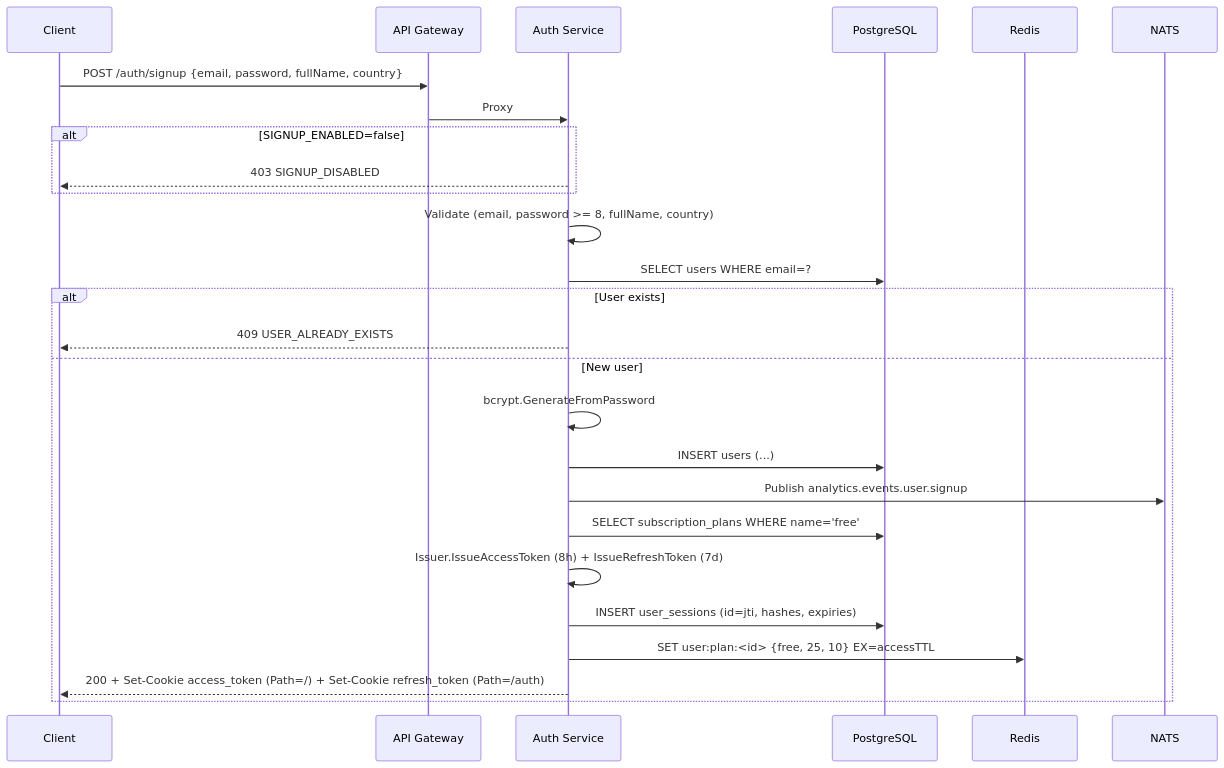
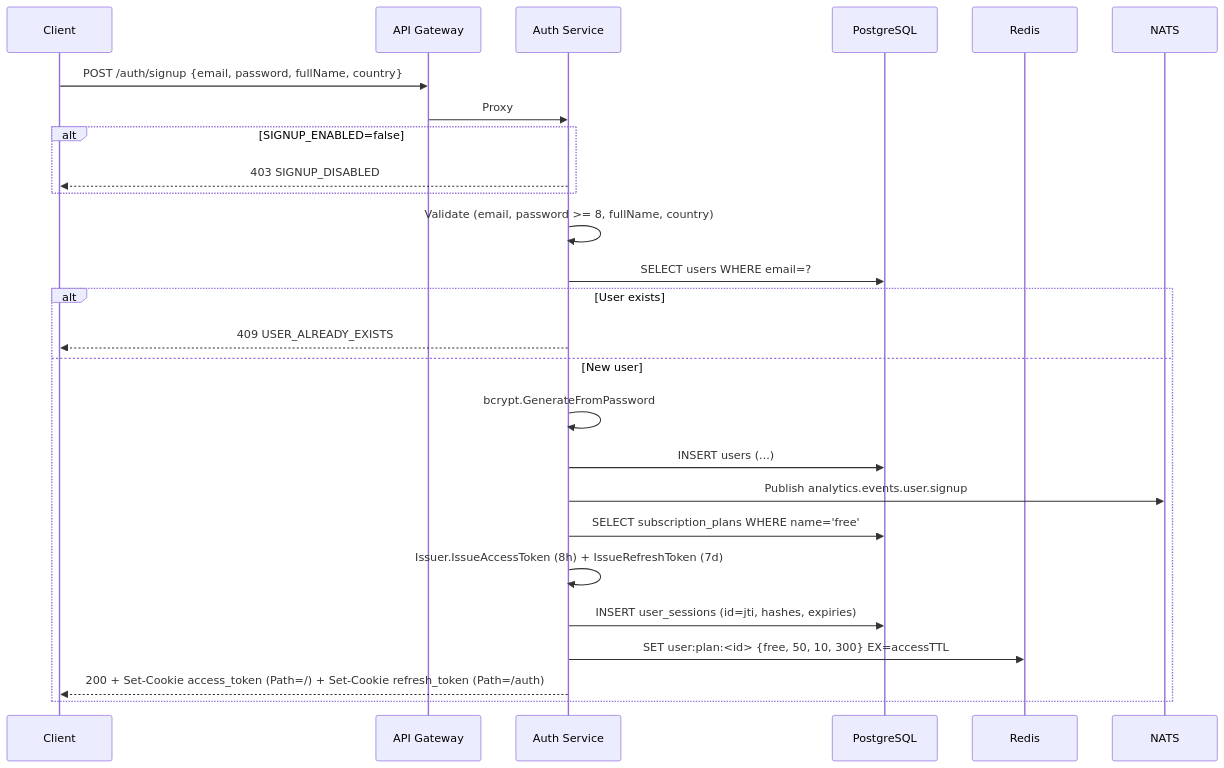
The first of 9 diagrams in docs/developer/services/auth-service.md (code-farms/fyredocs_backend), drawn with Mermaid before and after one commit. The commit also changed other lines of this file and 45 other files, not shown here.

````diff
--- a/docs/developer/services/auth-service.md
+++ b/docs/developer/services/auth-service.md
@@ -257,29 +272,29 @@
 ```mermaid
 sequenceDiagram
     participant C as Client
     participant GW as API Gateway
     participant AS as Auth Service
     participant DB as PostgreSQL
     participant R as Redis
     participant NATS as NATS
 
     C->>GW: POST /auth/signup {email, password, fullName, country}
     GW->>AS: Proxy
     alt SIGNUP_ENABLED=false
         AS-->>C: 403 SIGNUP_DISABLED
     end
     AS->>AS: Validate (email, password >= 8, fullName, country)
     AS->>DB: SELECT users WHERE email=?
     alt User exists
         AS-->>C: 409 USER_ALREADY_EXISTS
     else New user
         AS->>AS: bcrypt.GenerateFromPassword
         AS->>DB: INSERT users (...)
         AS->>NATS: Publish analytics.events.user.signup
         AS->>DB: SELECT subscription_plans WHERE name='free'
         AS->>AS: Issuer.IssueAccessToken (8h) + IssueRefreshToken (7d)
         AS->>DB: INSERT user_sessions (id=jti, hashes, expiries)
-        AS->>R: SET user:plan:<id> {free, 25, 10} EX=accessTTL
+        AS->>R: SET user:plan:<id> {free, 50, 10, 300} EX=accessTTL
         AS-->>C: 200 + Set-Cookie access_token (Path=/) + Set-Cookie refresh_token (Path=/auth)
     end
 ```
````
